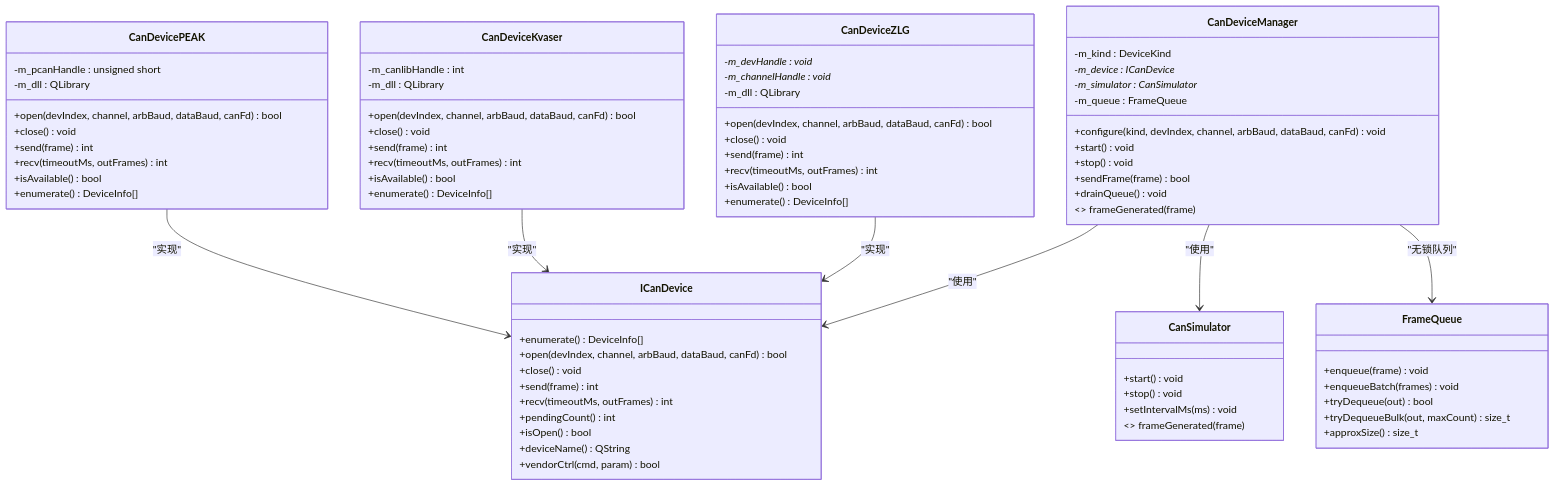
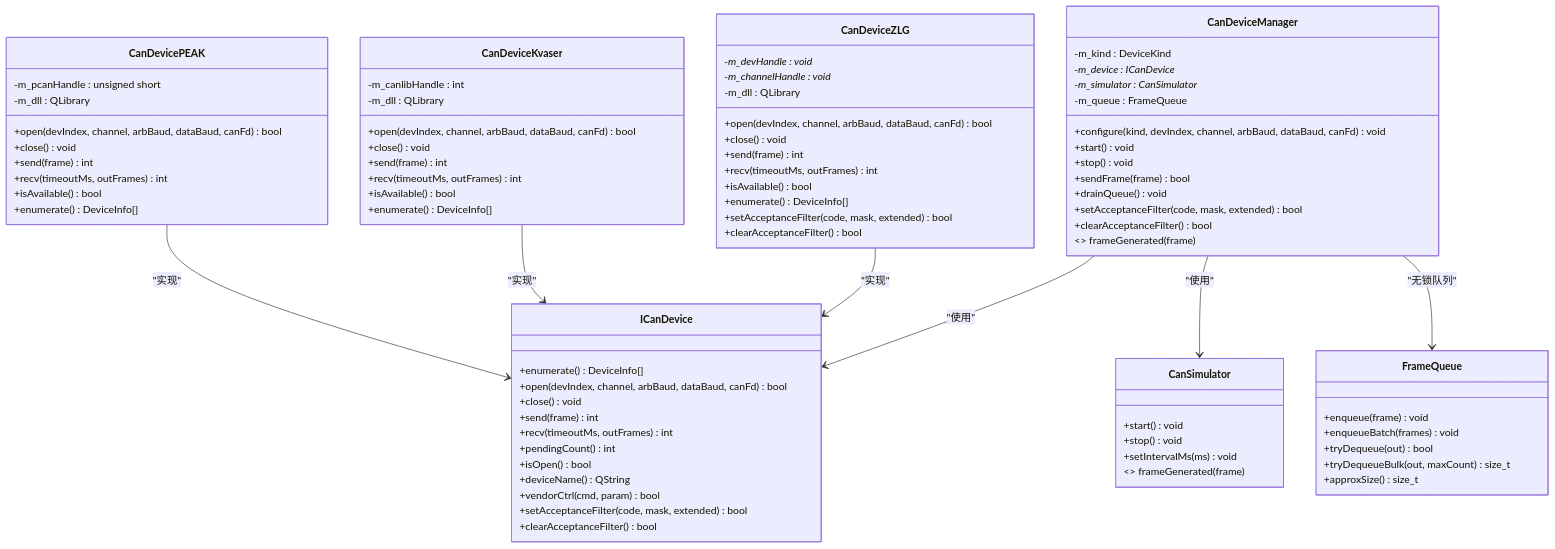
One commit to jakecai1225-design/OpenBus changed the third of 11 diagrams in .qoder/repowiki/zh/content/核心模块详解/CAN设备管理系统.md. Above: the diagram before and after it, drawn with Mermaid. The commit also changed other lines of this file and 22 other files, not shown here.

Commit message:
trace graphic

````diff
--- a/.qoder/repowiki/zh/content/核心模块详解/CAN设备管理系统.md
+++ b/.qoder/repowiki/zh/content/核心模块详解/CAN设备管理系统.md
@@ -241,76 +247,82 @@
 ```mermaid
 classDiagram
 class ICanDevice {
 +enumerate() DeviceInfo[]
 +open(devIndex, channel, arbBaud, dataBaud, canFd) bool
 +close() void
 +send(frame) int
 +recv(timeoutMs, outFrames) int
 +pendingCount() int
 +isOpen() bool
 +deviceName() QString
 +vendorCtrl(cmd, param) bool
++setAcceptanceFilter(code, mask, extended) bool
++clearAcceptanceFilter() bool
 }
 class CanDeviceManager {
 -m_kind : DeviceKind
 -m_device : ICanDevice*
 -m_simulator : CanSimulator*
 -m_queue : FrameQueue
 +configure(kind, devIndex, channel, arbBaud, dataBaud, canFd) void
 +start() void
 +stop() void
 +sendFrame(frame) bool
 +drainQueue() void
++setAcceptanceFilter(code, mask, extended) bool
++clearAcceptanceFilter() bool
 <<signals>> frameGenerated(frame)
 }
 class CanDeviceZLG {
 -m_devHandle : void*
 -m_channelHandle : void*
 -m_dll : QLibrary
 +open(devIndex, channel, arbBaud, dataBaud, canFd) bool
 +close() void
 +send(frame) int
 +recv(timeoutMs, outFrames) int
 +isAvailable() bool
 +enumerate() DeviceInfo[]
++setAcceptanceFilter(code, mask, extended) bool
++clearAcceptanceFilter() bool
 }
 class CanDeviceKvaser {
 -m_canlibHandle : int
 -m_dll : QLibrary
 +open(devIndex, channel, arbBaud, dataBaud, canFd) bool
 +close() void
 +send(frame) int
 +recv(timeoutMs, outFrames) int
 +isAvailable() bool
 +enumerate() DeviceInfo[]
 }
 class CanDevicePEAK {
 -m_pcanHandle : unsigned short
 -m_dll : QLibrary
 +open(devIndex, channel, arbBaud, dataBaud, canFd) bool
 +close() void
 +send(frame) int
 +recv(timeoutMs, outFrames) int
 +isAvailable() bool
 +enumerate() DeviceInfo[]
 }
 class CanSimulator {
 +start() void
 +stop() void
 +setIntervalMs(ms) void
 <<signals>> frameGenerated(frame)
 }
 class FrameQueue {
 +enqueue(frame) void
 +enqueueBatch(frames) void
 +tryDequeue(out) bool
 +tryDequeueBulk(out, maxCount) size_t
 +approxSize() size_t
 }
 CanDeviceManager --> ICanDevice : "使用"
 CanDeviceManager --> CanSimulator : "使用"
 CanDeviceManager --> FrameQueue : "无锁队列"
 CanDeviceZLG --> ICanDevice : "实现"
 CanDeviceKvaser --> ICanDevice : "实现"
 CanDevicePEAK --> ICanDevice : "实现"
 ```
````
